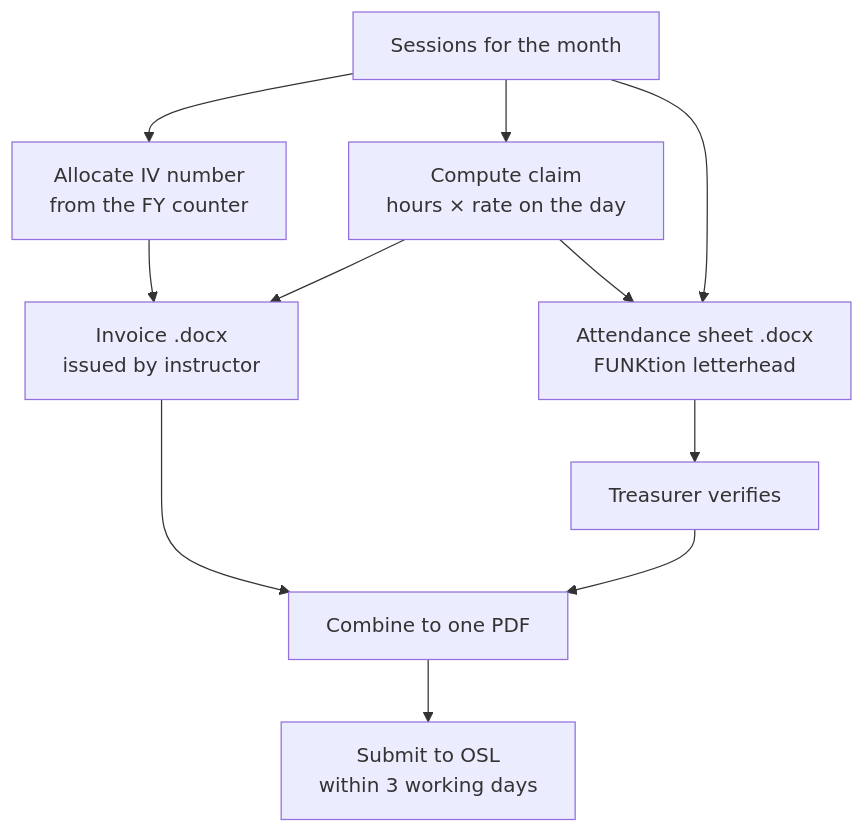
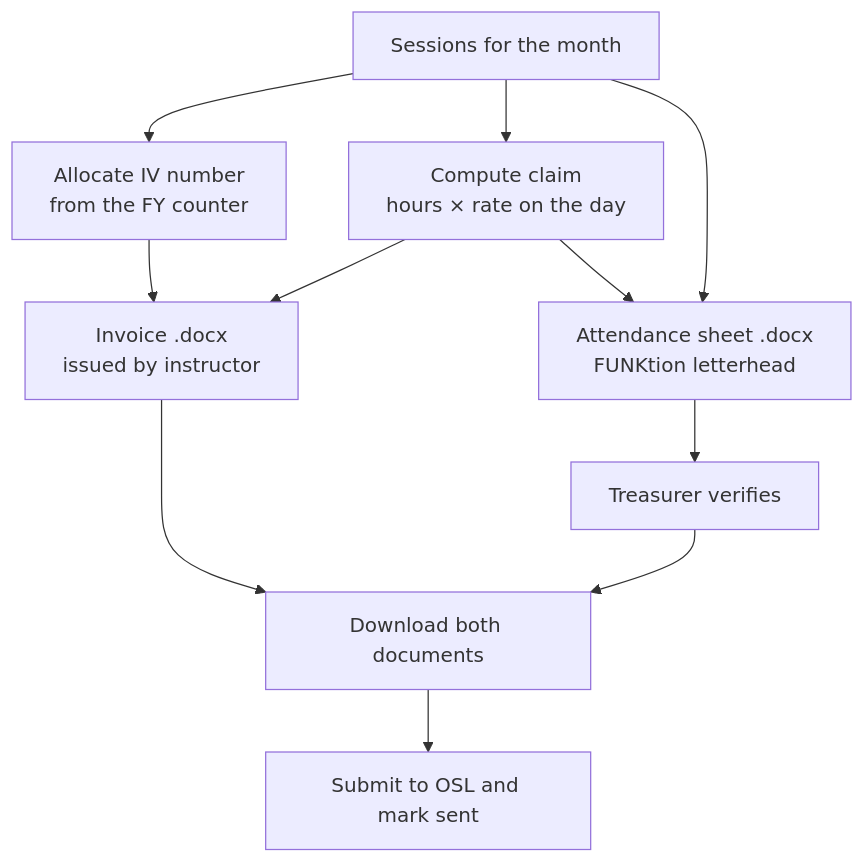
The diagram in README.md (LighTSanjan/FunktionPortal), drawn with Mermaid before and after one commit. The commit also changed other lines of this file and 187 other files, not shown here.

````diff
--- a/README.md
+++ b/README.md
@@ -68,13 +81,13 @@
 ```mermaid
 flowchart TD
     A["Sessions for the month"] --> B["Allocate IV number<br/>from the FY counter"]
     A --> C["Compute claim<br/>hours × rate on the day"]
     B --> D["Invoice .docx<br/>issued by instructor"]
     C --> D
     A --> E["Attendance sheet .docx<br/>FUNKtion letterhead"]
     C --> E
     E --> F["Treasurer verifies"]
-    D --> G["Combine to one PDF"]
+    D --> G["Download both documents"]
     F --> G
-    G --> H["Submit to OSL<br/>within 3 working days"]
+    G --> H["Submit to OSL and mark sent"]
 ```
````
